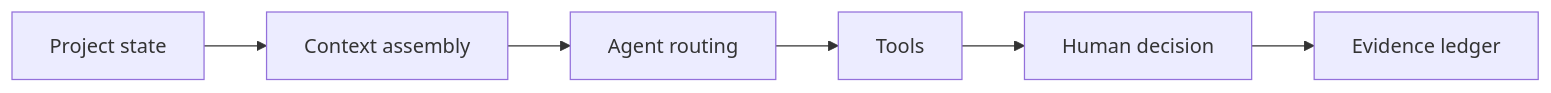
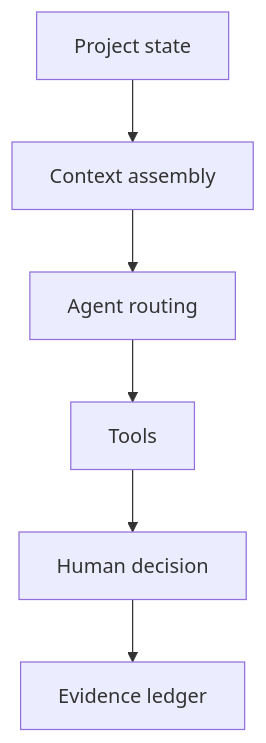
One commit to J0UH/project-intelligence-coordination changed the diagram in README.md. Above: the diagram before and after it, drawn with Mermaid.

Commit message:
docs: build visual project portfolio

````diff
--- a/README.md
+++ b/README.md
@@ -26,14 +26,14 @@
 ```mermaid
-flowchart LR
+flowchart TD
     n0["Project state"]
     n1["Context assembly"]
     n2["Agent routing"]
     n3["Tools"]
     n4["Human decision"]
     n5["Evidence ledger"]
     n0 --> n1
     n1 --> n2
     n2 --> n3
     n3 --> n4
     n4 --> n5
 ```
````
